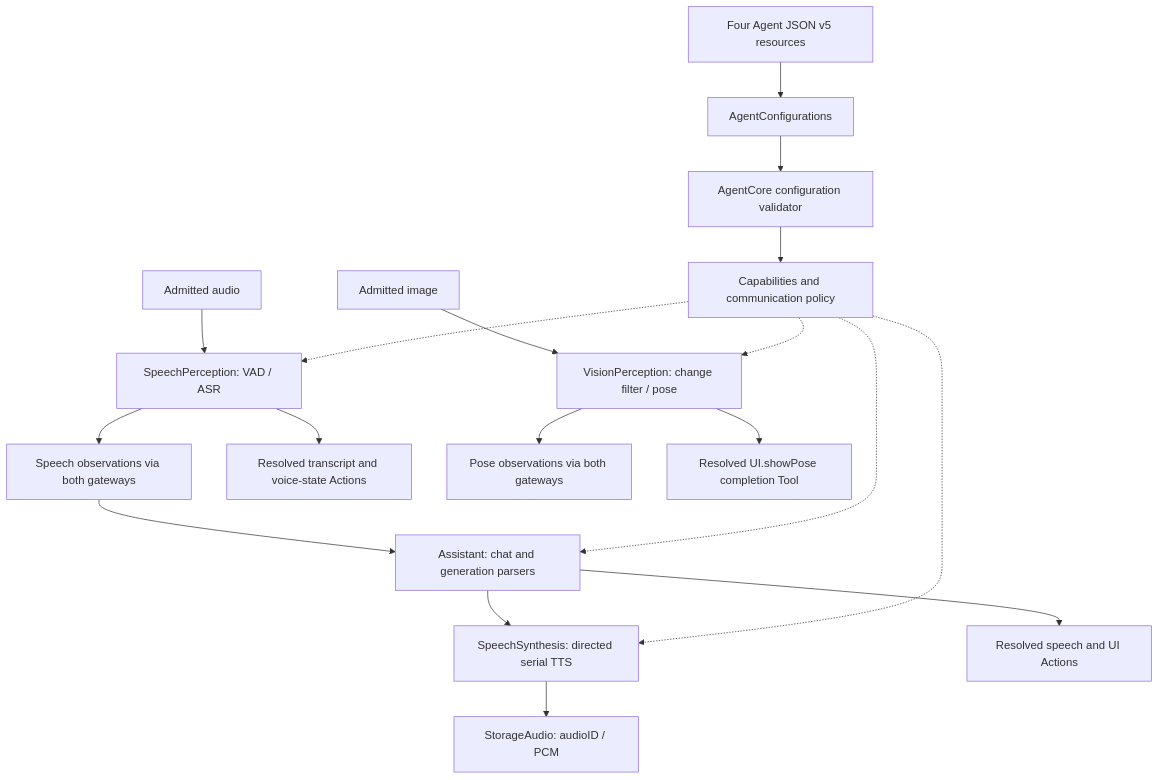
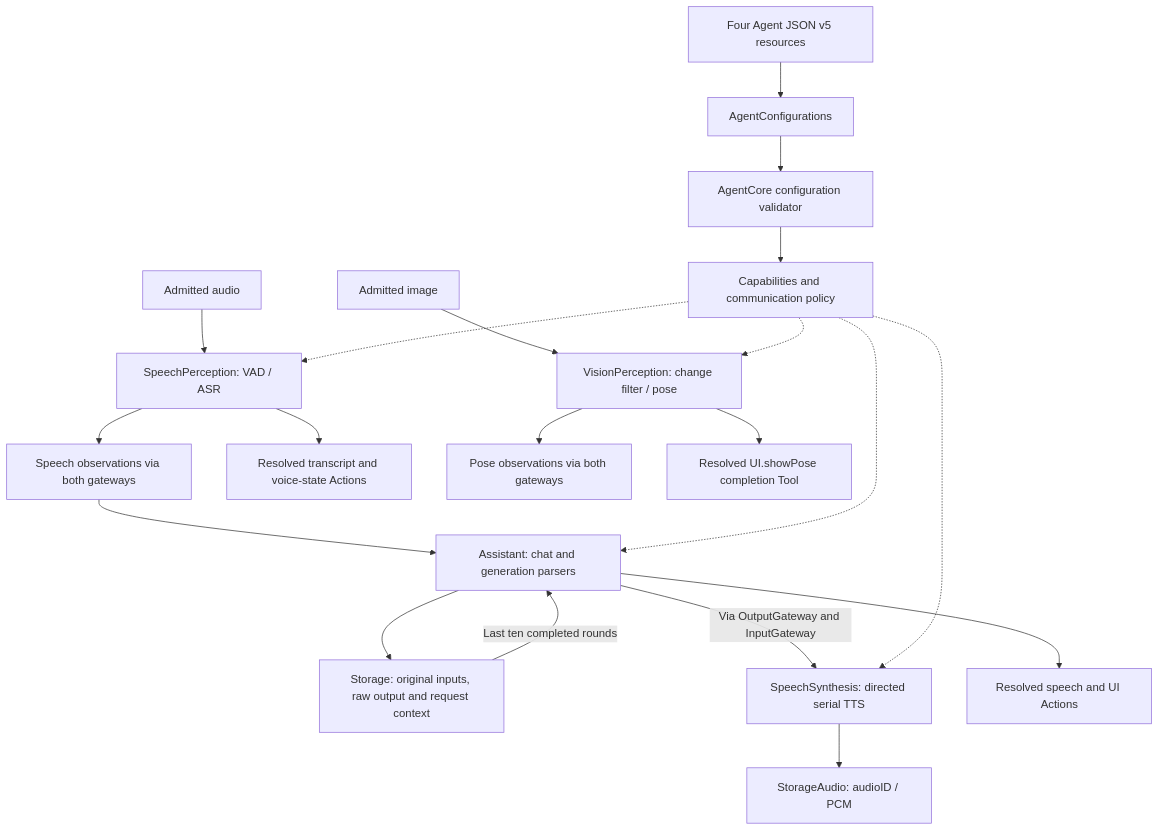
The second of 3 diagrams in MobileHarness/Agents/README.md (devilyouwei/MobileHarness), drawn with Mermaid before and after one commit. The commit also changed other lines of this file and 131 other files, not shown here.

````diff
--- a/MobileHarness/Agents/README.md
+++ b/MobileHarness/Agents/README.md
@@ -37,20 +41,22 @@
 ```mermaid
 flowchart TD
     JSON[Four Agent JSON v5 resources] --> Loader[AgentConfigurations]
     Loader --> Config[AgentCore configuration validator]
     Config --> Permissions[Capabilities and communication policy]
     PCM[Admitted audio] --> Speech[SpeechPerception: VAD / ASR]
     Speech --> Events[Speech observations via both gateways]
     Events --> Assistant[Assistant: chat and generation parsers]
-    Assistant --> Synth[SpeechSynthesis: directed serial TTS]
+    Assistant --> History[Storage: original inputs, raw output and request context]
+    History -->|Last ten completed rounds| Assistant
+    Assistant -->|Via OutputGateway and InputGateway| Synth[SpeechSynthesis: directed serial TTS]
     Synth --> Cache[StorageAudio: audioID / PCM]
     Assistant --> Calls[Resolved speech and UI Actions]
     Speech --> Captions[Resolved transcript and voice-state Actions]
     Frames[Admitted image] --> Vision[VisionPerception: change filter / pose]
     Vision --> Pose[Pose observations via both gateways]
     Vision --> Overlay[Resolved UI.showPose completion Tool]
     Permissions -.-> Speech
     Permissions -.-> Assistant
     Permissions -.-> Synth
     Permissions -.-> Vision
 ```
````
